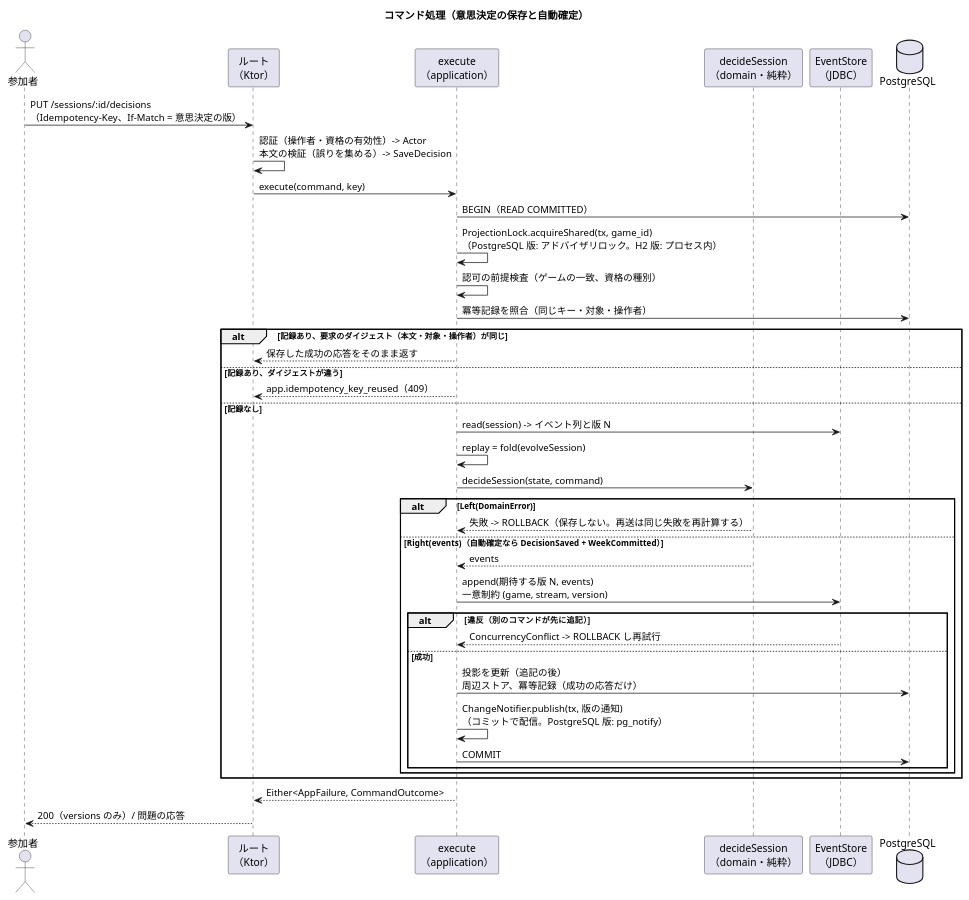
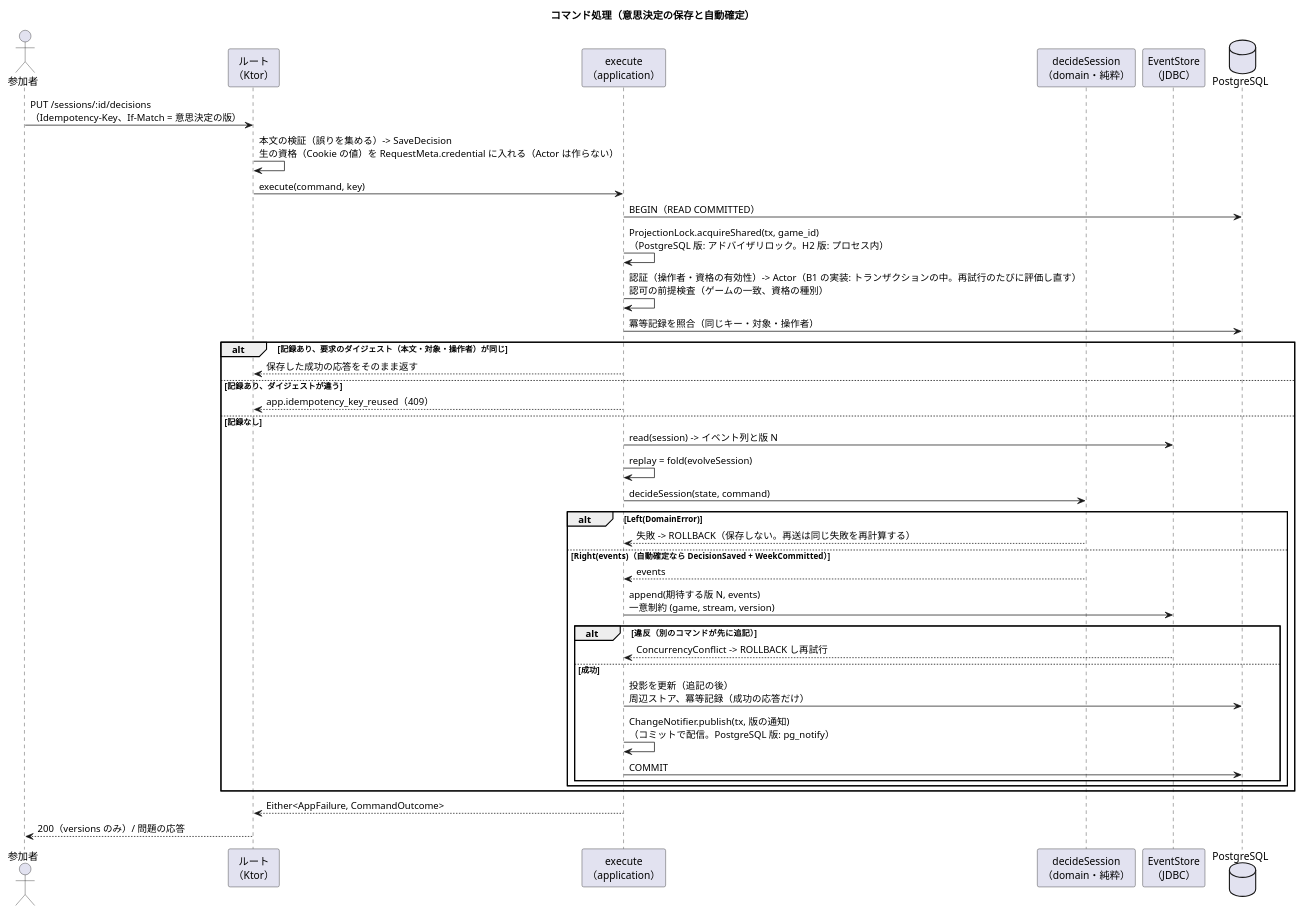
Before and after one commit to k2works/case-study-beer-game-simulation: the second of 3 diagrams in docs/design/beer-game-kotlin/architecture-backend.md, drawn with PlantUML. The commit also changed other lines of this file and 13 other files, not shown here.

````diff
--- a/docs/design/beer-game-kotlin/architecture-backend.md
+++ b/docs/design/beer-game-kotlin/architecture-backend.md
@@ -202,44 +218,44 @@
 ```plantuml
 @startuml
 title コマンド処理（意思決定の保存と自動確定）
 
 actor 参加者 as P
 participant "ルート\n（Ktor）" as R
 participant "execute\n（application）" as X
 participant "decideSession\n（domain・純粋）" as D
 participant "EventStore\n（JDBC）" as ES
 database "PostgreSQL" as DB
 
 P -> R : PUT /sessions/:id/decisions\n（Idempotency-Key、If-Match = 意思決定の版）
-R -> R : 認証（操作者・資格の有効性）-> Actor\n本文の検証（誤りを集める）-> SaveDecision
+R -> R : 本文の検証（誤りを集める）-> SaveDecision\n生の資格（Cookie の値）を RequestMeta.credential に入れる（Actor は作らない）
 R -> X : execute(command, key)
 X -> DB : BEGIN（READ COMMITTED）
 X -> X : ProjectionLock.acquireShared(tx, game_id)\n（PostgreSQL 版: アドバイザリロック。H2 版: プロセス内）
-X -> X : 認可の前提検査（ゲームの一致、資格の種別）
+X -> X : 認証（操作者・資格の有効性）-> Actor（B1 の実装: トランザクションの中。再試行のたびに評価し直す）\n認可の前提検査（ゲームの一致、資格の種別）
 X -> DB : 冪等記録を照合（同じキー・対象・操作者）
 alt 記録あり、要求のダイジェスト（本文・対象・操作者）が同じ
   X --> R : 保存した成功の応答をそのまま返す
 else 記録あり、ダイジェストが違う
   X --> R : app.idempotency_key_reused（409）
 else 記録なし
   X -> ES : read(session) -> イベント列と版 N
   X -> X : replay = fold(evolveSession)
   X -> D : decideSession(state, command)
   alt Left(DomainError)
     D --> X : 失敗 -> ROLLBACK（保存しない。再送は同じ失敗を再計算する）
   else Right(events)（自動確定なら DecisionSaved + WeekCommitted）
     D --> X : events
     X -> ES : append(期待する版 N, events)\n一意制約 (game, stream, version)
     alt 違反（別のコマンドが先に追記）
       ES --> X : ConcurrencyConflict -> ROLLBACK し再試行
     else 成功
       X -> DB : 投影を更新（追記の後）\n周辺ストア、冪等記録（成功の応答だけ）
       X -> X : ChangeNotifier.publish(tx, 版の通知)\n（コミットで配信。PostgreSQL 版: pg_notify）
       X -> DB : COMMIT
     end
   end
 end
 X --> R : Either<AppFailure, CommandOutcome>
 R --> P : 200（versions のみ）/ 問題の応答
 @enduml
 ```
````
